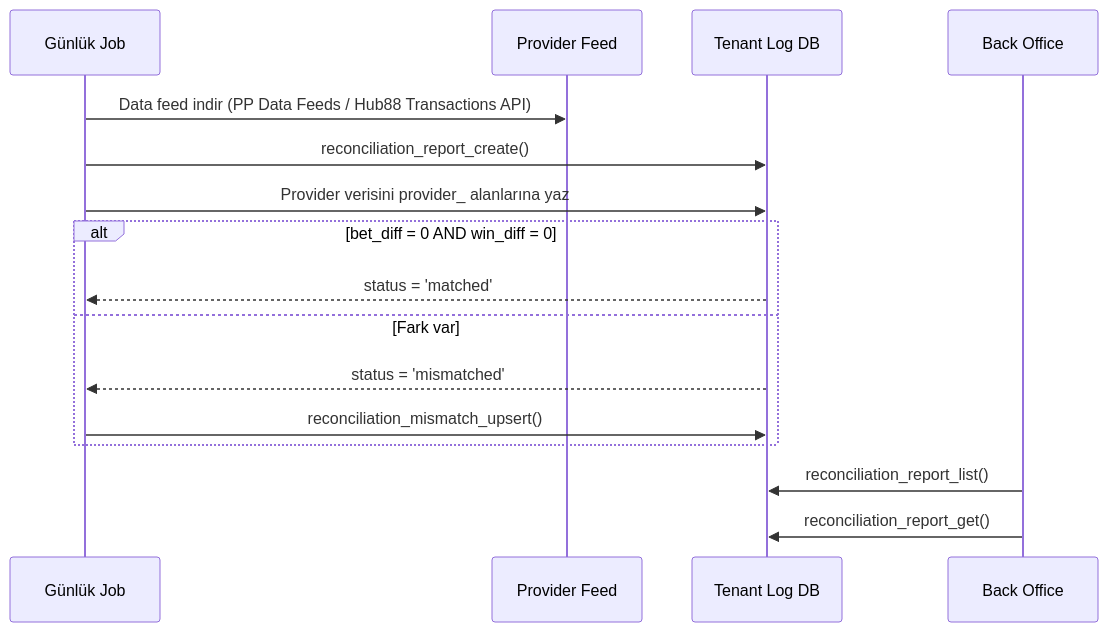
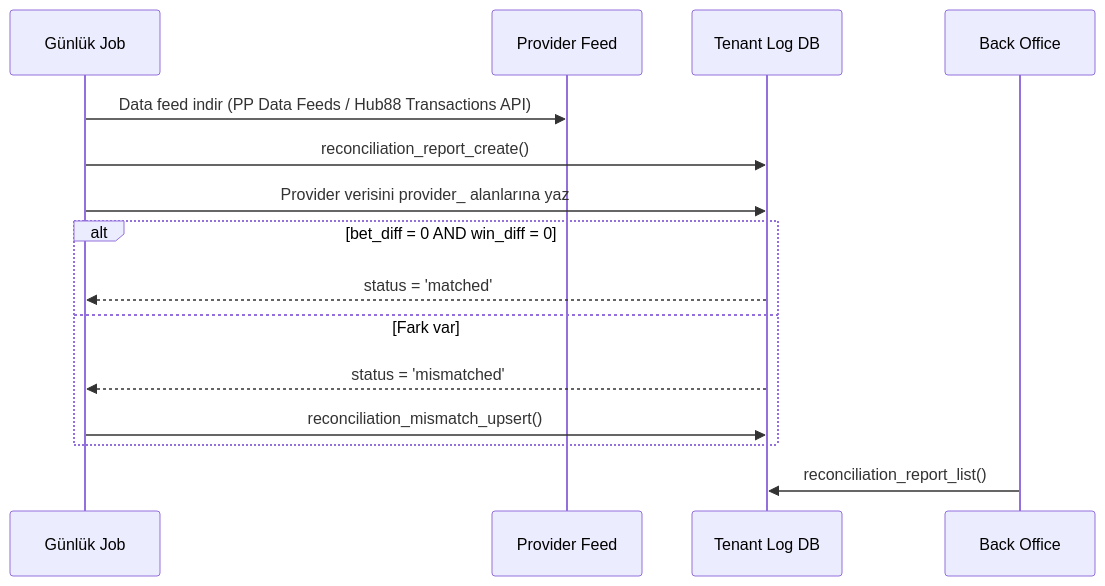
The eighth of 8 diagrams in .docs/guides/GAME_GATEWAY_GUIDE.md (frhtshn/One.DB), drawn with Mermaid before and after one commit. The commit also changed other lines of this file and 198 other files, not shown here.

````diff
--- a/.docs/guides/GAME_GATEWAY_GUIDE.md
+++ b/.docs/guides/GAME_GATEWAY_GUIDE.md
@@ -492,21 +492,20 @@
 ```mermaid
 sequenceDiagram
     participant JOB as Günlük Job
     participant PR as Provider Feed
     participant TL as Tenant Log DB
     participant BO as Back Office
 
     JOB->>PR: Data feed indir (PP Data Feeds / Hub88 Transactions API)
     JOB->>TL: reconciliation_report_create()
     JOB->>TL: Provider verisini provider_ alanlarına yaz
 
     alt bet_diff = 0 AND win_diff = 0
         TL-->>JOB: status = 'matched'
     else Fark var
         TL-->>JOB: status = 'mismatched'
         JOB->>TL: reconciliation_mismatch_upsert()
     end
 
     BO->>TL: reconciliation_report_list()
-    BO->>TL: reconciliation_report_get()
 ```
````
